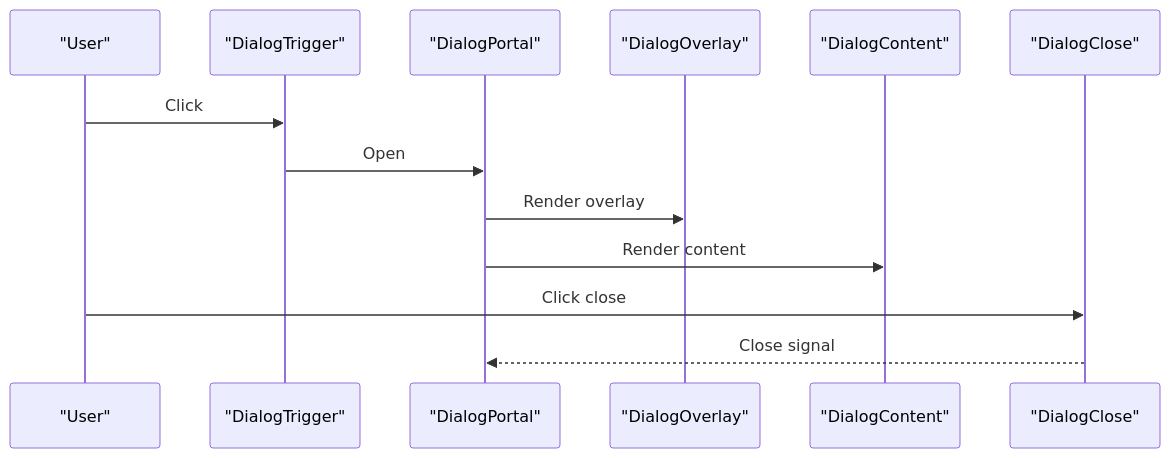
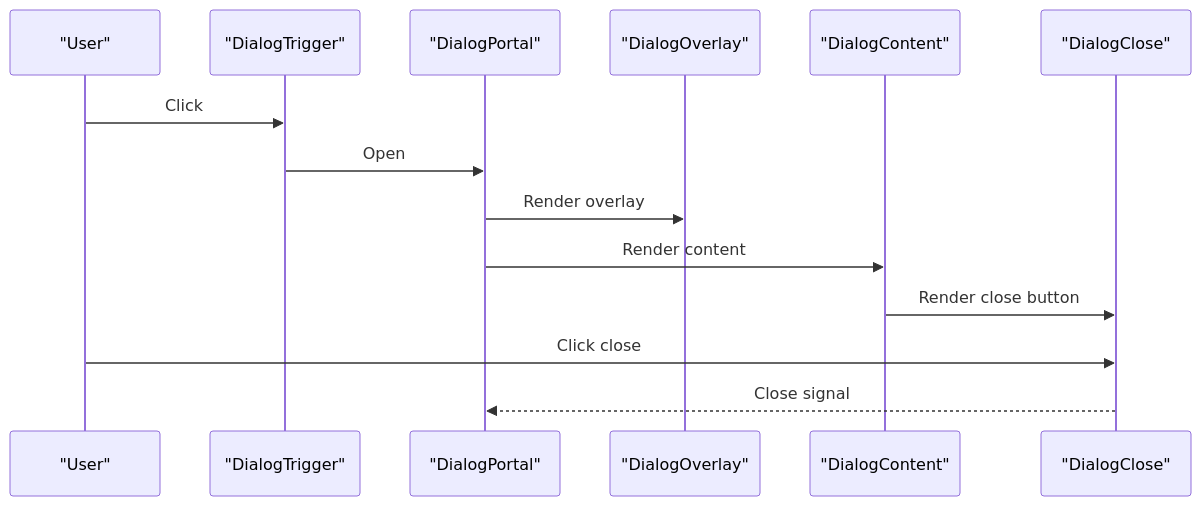
Before and after one commit to vincet0t15/template: the fourth of 7 diagrams in .qoder/repowiki/en/content/Frontend Components & UI/UI Component Library.md, drawn with Mermaid. The commit also changed other lines of this file and 5 other files, not shown here.

````diff
--- a/.qoder/repowiki/en/content/Frontend Components & UI/UI Component Library.md
+++ b/.qoder/repowiki/en/content/Frontend Components & UI/UI Component Library.md
@@ -226,15 +301,16 @@
 ```mermaid
 sequenceDiagram
 participant User as "User"
 participant Trigger as "DialogTrigger"
 participant Portal as "DialogPortal"
 participant Overlay as "DialogOverlay"
 participant Content as "DialogContent"
 participant Close as "DialogClose"
 User->>Trigger : Click
 Trigger->>Portal : Open
 Portal->>Overlay : Render overlay
 Portal->>Content : Render content
+Content->>Close : Render close button
 User->>Close : Click close
 Close-->>Portal : Close signal
 ```
````
